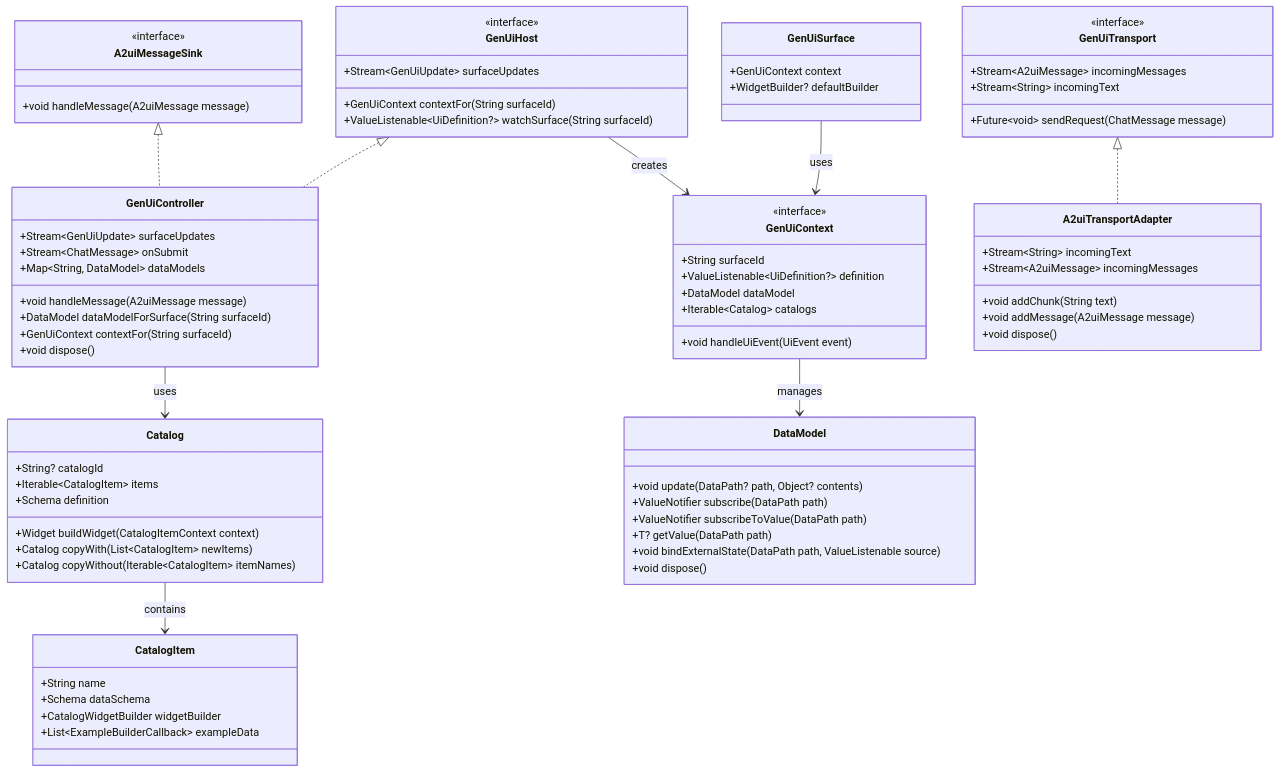
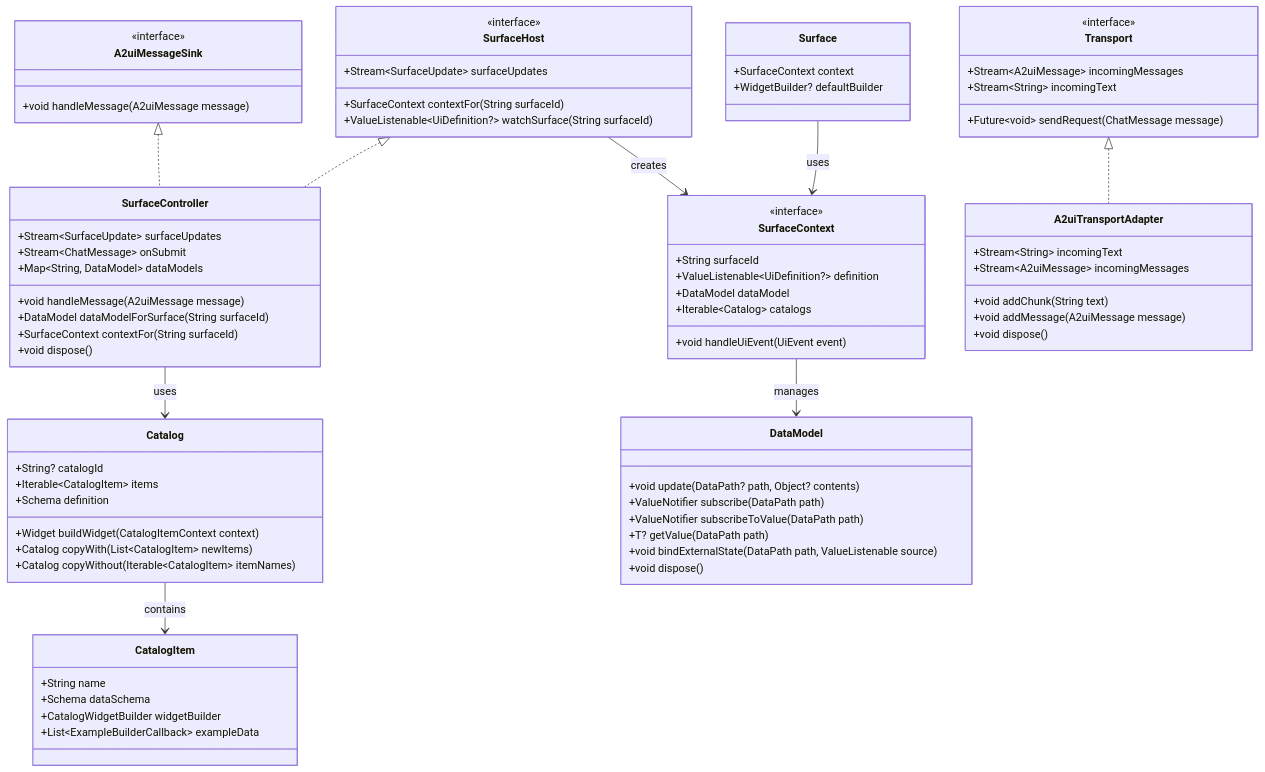
One commit to polina-c/genui changed the diagram in packages/genui/docs/guide.md. Above: the diagram before and after it, drawn with Mermaid. The commit also changed other lines of this file and 22 other files, not shown here.

````diff
--- a/packages/genui/docs/guide.md
+++ b/packages/genui/docs/guide.md
@@ -22,13 +22,13 @@
 ```mermaid
 classDiagram
-    class GenUiHost {
+    class SurfaceHost {
         <<interface>>
-        +Stream~GenUiUpdate~ surfaceUpdates
-        +GenUiContext contextFor(String surfaceId)
+        +Stream~SurfaceUpdate~ surfaceUpdates
+        +SurfaceContext contextFor(String surfaceId)
         +ValueListenable~UiDefinition?~ watchSurface(String surfaceId)
     }
 
-    class GenUiContext {
+    class SurfaceContext {
         <<interface>>
         +String surfaceId
         +ValueListenable~UiDefinition?~ definition
@@ -42,17 +42,17 @@
         +void handleMessage(A2uiMessage message)
     }
 
-    class GenUiController {
+    class SurfaceController {
         +void handleMessage(A2uiMessage message)
-        +Stream~GenUiUpdate~ surfaceUpdates
+        +Stream~SurfaceUpdate~ surfaceUpdates
         +Stream~ChatMessage~ onSubmit
         +Map~String, DataModel~ dataModels
         +DataModel dataModelForSurface(String surfaceId)
-        +GenUiContext contextFor(String surfaceId)
+        +SurfaceContext contextFor(String surfaceId)
         +void dispose()
     }
 
-    class GenUiTransport {
+    class Transport {
         <<interface>>
         +Stream~A2uiMessage~ incomingMessages
         +Stream~String~ incomingText
@@ -67,8 +67,8 @@
         +void dispose()
     }
 
-    class GenUiSurface {
-        +GenUiContext context
+    class Surface {
+        +SurfaceContext context
         +WidgetBuilder? defaultBuilder
     }
 
@@ -97,12 +97,12 @@
         +void dispose()
     }
 
-    GenUiHost <|.. GenUiController
-    A2uiMessageSink <|.. GenUiController
-    GenUiTransport <|.. A2uiTransportAdapter
-    GenUiSurface --> GenUiContext : uses
-    GenUiHost --> GenUiContext : creates
-    GenUiController --> Catalog : uses
+    SurfaceHost <|.. SurfaceController
+    A2uiMessageSink <|.. SurfaceController
+    Transport <|.. A2uiTransportAdapter
+    Surface --> SurfaceContext : uses
+    SurfaceHost --> SurfaceContext : creates
+    SurfaceController --> Catalog : uses
     Catalog --> CatalogItem : contains
-    GenUiContext --> DataModel : manages
+    SurfaceContext --> DataModel : manages
 ```
````
